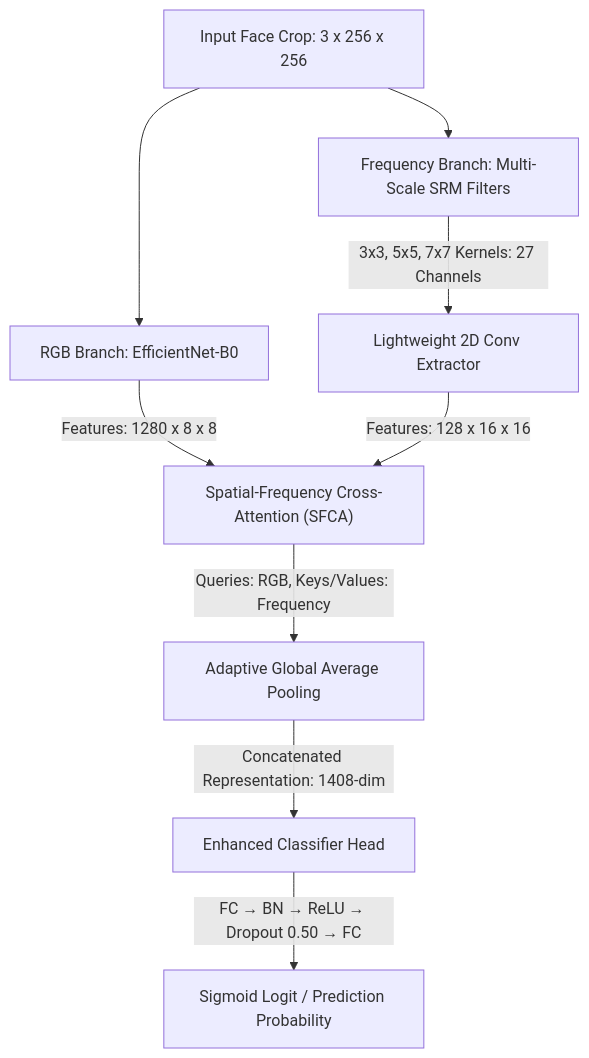
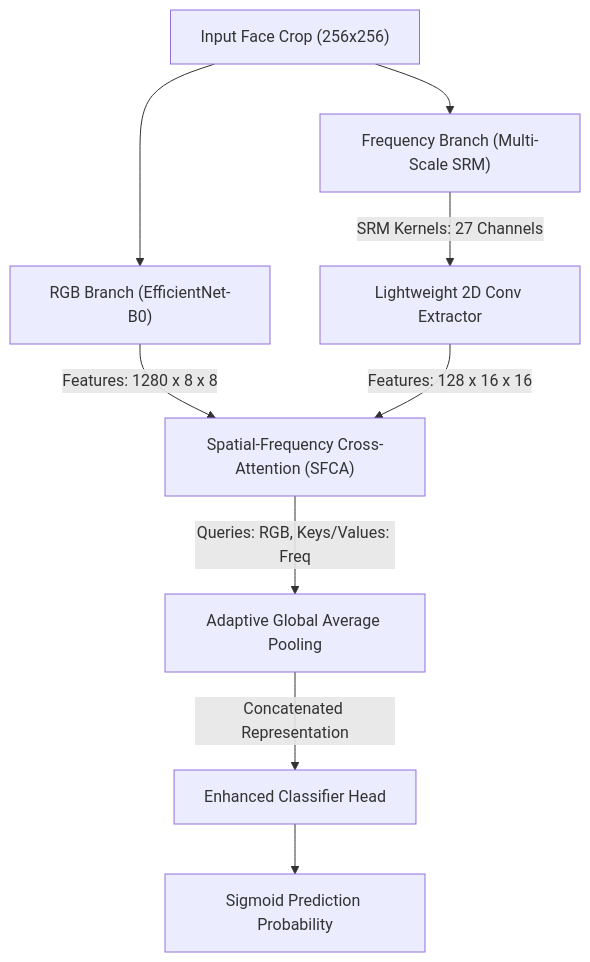
The diagram in README.md (ludakreiss/comp.vision), drawn with Mermaid before and after one commit. The commit also changed other lines of this file, not shown here.

````diff
--- a/README.md
+++ b/README.md
@@ -31,14 +30,13 @@
 ```mermaid
 flowchart TD
-    A["Input Face Crop: 3 x 256 x 256"] --> B["RGB Branch: EfficientNet-B0"]
-    A --> C["Frequency Branch: Multi-Scale SRM Filters"]
+    A["Input Face Crop (256x256)"] --> B["RGB Branch (EfficientNet-B0)"]
+    A --> C["Frequency Branch (Multi-Scale SRM)"]
 
     B -->|"Features: 1280 x 8 x 8"| D["Spatial-Frequency Cross-Attention (SFCA)"]
-
-    C -->|"3x3, 5x5, 7x7 Kernels: 27 Channels"| E["Lightweight 2D Conv Extractor"]
+    C -->|"SRM Kernels: 27 Channels"| E["Lightweight 2D Conv Extractor"]
     E -->|"Features: 128 x 16 x 16"| D
 
-    D -->|"Queries: RGB, Keys/Values: Frequency"| F["Adaptive Global Average Pooling"]
-    F -->|"Concatenated Representation: 1408-dim"| G["Enhanced Classifier Head"]
-    G -->|"FC → BN → ReLU → Dropout 0.50 → FC"| H["Sigmoid Logit / Prediction Probability"]
+    D -->|"Queries: RGB, Keys/Values: Freq"| F["Adaptive Global Average Pooling"]
+    F -->|"Concatenated Representation"| G["Enhanced Classifier Head"]
+    G --> H["Sigmoid Prediction Probability"]
 ```
````
